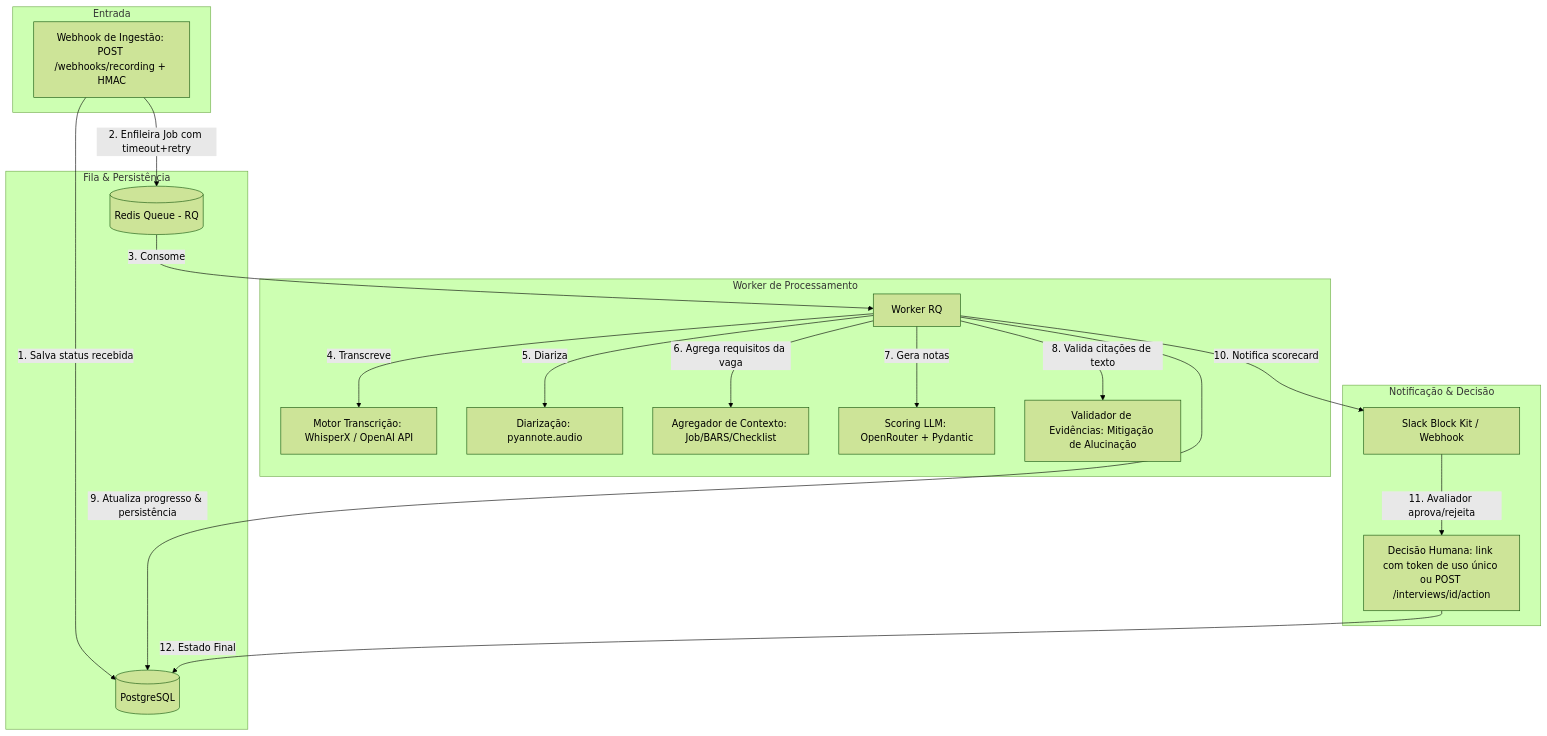
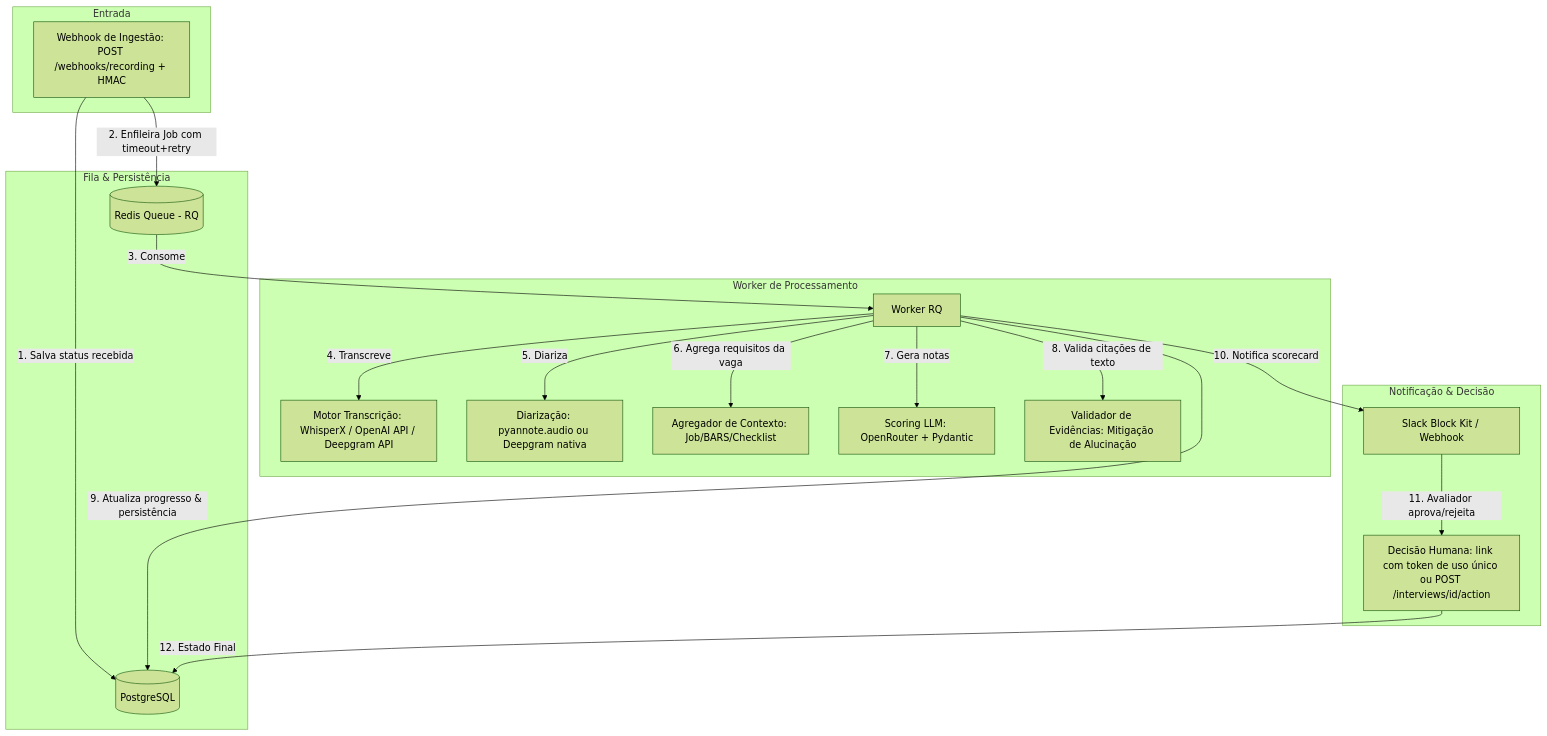
Before and after one commit to luccapinto/scorecard-pipeline: the diagram in README.md, drawn with Mermaid (forest theme). The commit also changed other lines of this file and 7 other files, not shown here.

````diff
--- a/README.md
+++ b/README.md
@@ -11,38 +11,38 @@
 ```mermaid
 flowchart TD
     subgraph Entrada
         Webhook[Webhook de Ingestão: POST /webhooks/recording + HMAC]
     end
 
     subgraph Fila & Persistência
         Redis[(Redis Queue - RQ)]
         Postgres[(PostgreSQL)]
     end
 
     subgraph Worker de Processamento
         Worker[Worker RQ]
-        Transcribe[Motor Transcrição: WhisperX / OpenAI API]
-        Diarize[Diarização: pyannote.audio]
+        Transcribe[Motor Transcrição: WhisperX / OpenAI API / Deepgram API]
+        Diarize[Diarização: pyannote.audio ou Deepgram nativa]
         Context[Agregador de Contexto: Job/BARS/Checklist]
         LLM[Scoring LLM: OpenRouter + Pydantic]
         Validator[Validador de Evidências: Mitigação de Alucinação]
     end
 
     subgraph Notificação & Decisão
         Slack[Slack Block Kit / Webhook]
         Approver[Decisão Humana: link com token de uso único ou POST /interviews/id/action]
     end
 
     Webhook -->|1. Salva status recebida| Postgres
     Webhook -->|2. Enfileira Job com timeout+retry| Redis
     Redis -->|3. Consome| Worker
     Worker -->|4. Transcreve| Transcribe
     Worker -->|5. Diariza| Diarize
     Worker -->|6. Agrega requisitos da vaga| Context
     Worker -->|7. Gera notas| LLM
     Worker -->|8. Valida citações de texto| Validator
     Worker -->|9. Atualiza progresso & persistência| Postgres
     Worker -->|10. Notifica scorecard| Slack
     Slack -->|11. Avaliador aprova/rejeita| Approver
     Approver -->|12. Estado Final| Postgres
 ```
````
